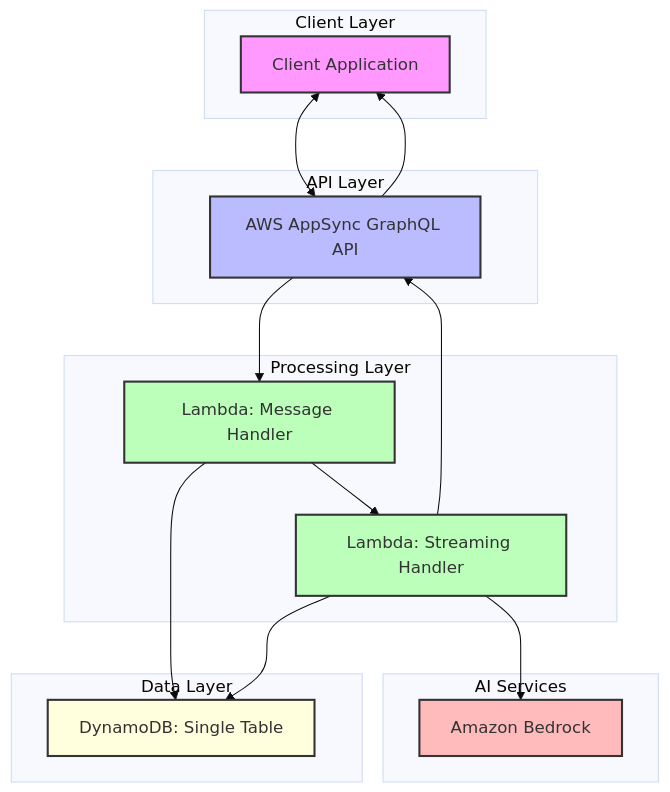
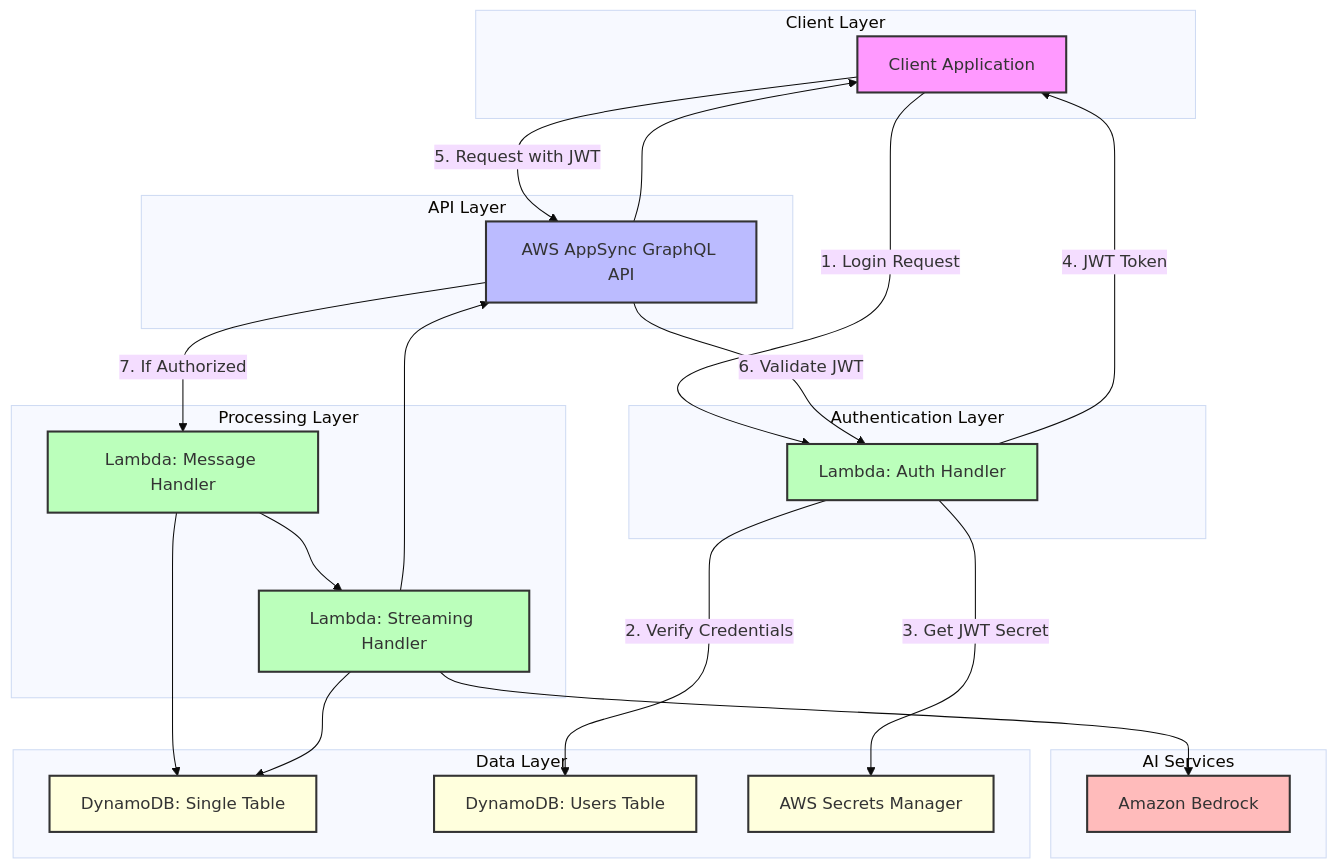
One commit to aws-samples/sample-aws-appsync-bedrock-chatbot-terraform changed the first of 3 diagrams in README.md. Above: the diagram before and after it, drawn with Mermaid (base theme). The commit also changed other lines of this file and 42 other files, not shown here.

First line of the commit message:
# feat(auth): Implement JWT authentication with Lambda authorizer for AppSync

````diff
--- a/README.md
+++ b/README.md
@@ -9,39 +9,53 @@
 ```mermaid
 flowchart TD
     subgraph "Client Layer"
         Client[Client Application]
+    end
+    
+    subgraph "Authentication Layer"
+        AuthLambda[Lambda: Auth Handler]
     end
     
     subgraph "API Layer"
         AppSync[AWS AppSync GraphQL API]
     end
     
     subgraph "Processing Layer"
         MessageHandler[Lambda: Message Handler]
         StreamingHandler[Lambda: Streaming Handler]
     end
     
     subgraph "AI Services"
         Bedrock[Amazon Bedrock]
     end
     
     subgraph "Data Layer"
         DynamoDBTable[DynamoDB: Single Table]
+        UsersTable[DynamoDB: Users Table]
+        SecretsManager[AWS Secrets Manager]
     end
     
-    Client <--> AppSync
-    AppSync --> MessageHandler
+    Client -- "1. Login Request" --> AuthLambda
+    AuthLambda -- "2. Verify Credentials" --> UsersTable
+    AuthLambda -- "3. Get JWT Secret" --> SecretsManager
+    AuthLambda -- "4. JWT Token" --> Client
+    Client -- "5. Request with JWT" --> AppSync
+    AppSync -- "6. Validate JWT" --> AuthLambda
+    AppSync -- "7. If Authorized" --> MessageHandler
     MessageHandler --> StreamingHandler
     StreamingHandler --> Bedrock
     MessageHandler --> DynamoDBTable
     StreamingHandler --> DynamoDBTable
     StreamingHandler --> AppSync
     AppSync --> Client
     
     style Client fill:#f9f,stroke:#333,stroke-width:2px
     style AppSync fill:#bbf,stroke:#333,stroke-width:2px
     style MessageHandler fill:#bfb,stroke:#333,stroke-width:2px
     style StreamingHandler fill:#bfb,stroke:#333,stroke-width:2px
     style Bedrock fill:#fbb,stroke:#333,stroke-width:2px
     style DynamoDBTable fill:#ffd,stroke:#333,stroke-width:2px
+    style UsersTable fill:#ffd,stroke:#333,stroke-width:2px
+    style AuthLambda fill:#bfb,stroke:#333,stroke-width:2px
+    style SecretsManager fill:#ffd,stroke:#333,stroke-width:2px
 ```
````
